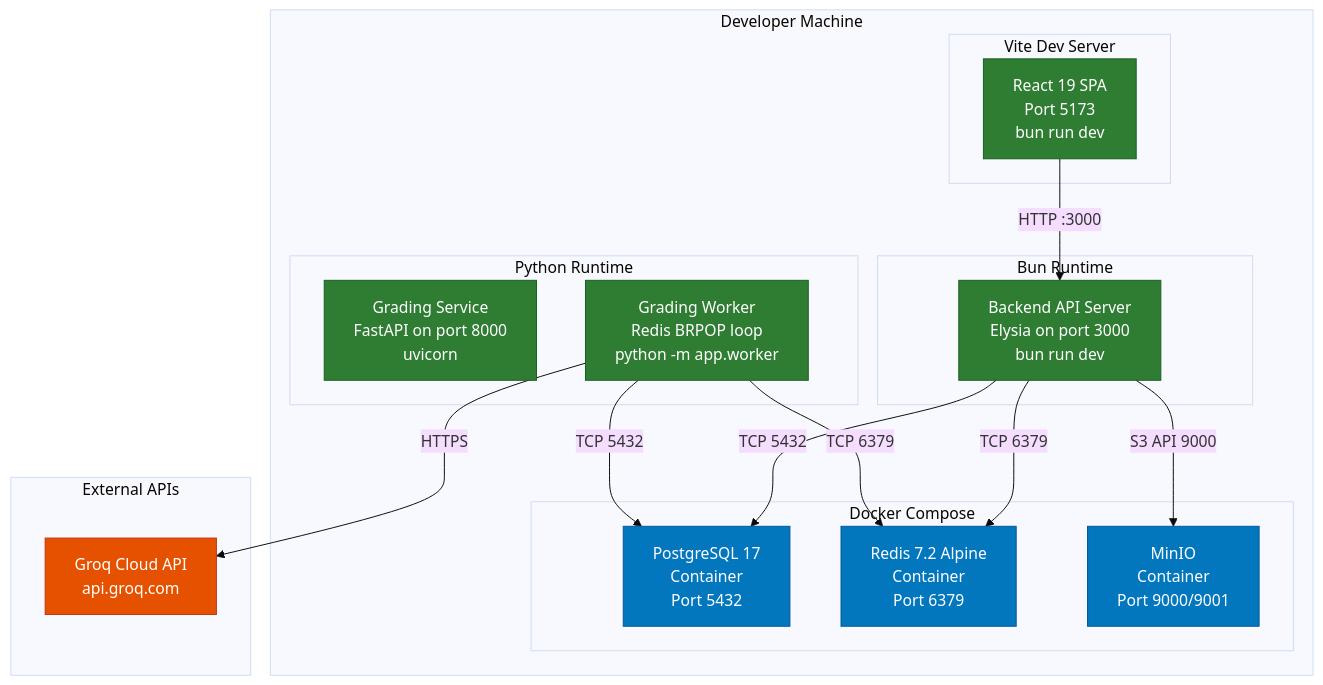
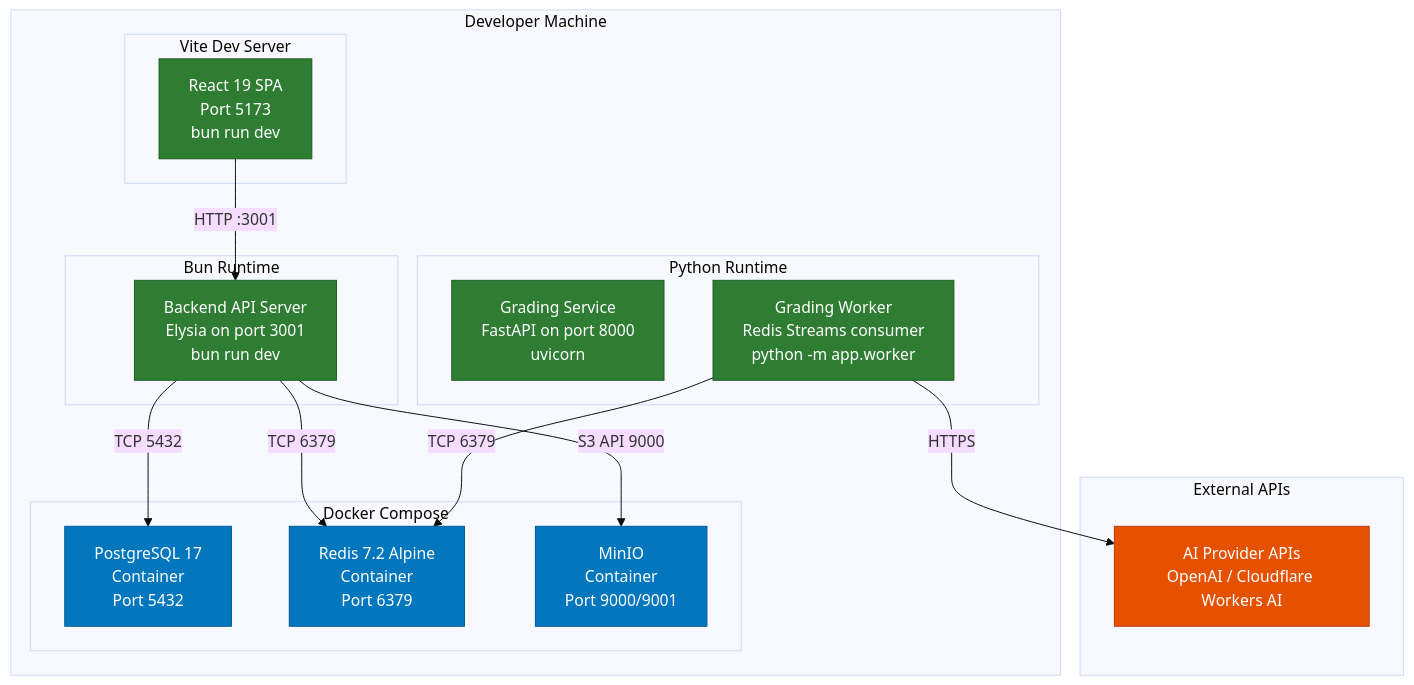
Before and after one commit to 81CuongVn/VSTEP: the second of 16 diagrams in docs/capstone/reports/VI/report4-software-design-document.md, drawn with Mermaid (base theme). The commit also changed other lines of this file and 1 other file, not shown here.

````diff
--- a/docs/capstone/reports/VI/report4-software-design-document.md
+++ b/docs/capstone/reports/VI/report4-software-design-document.md
@@ -124,43 +123,42 @@
 ```mermaid
 flowchart TB
     subgraph DevMachine ["Developer Machine"]
         subgraph DockerCompose ["Docker Compose"]
             PGContainer["PostgreSQL 17<br/>Container<br/>Port 5432"]
             RedisContainer["Redis 7.2 Alpine<br/>Container<br/>Port 6379"]
             MinIOContainer["MinIO<br/>Container<br/>Port 9000/9001"]
         end
 
         subgraph BunRuntime ["Bun Runtime"]
-            BackendAPI["Backend API Server<br/>Elysia on port 3000<br/>bun run dev"]
+            BackendAPI["Backend API Server<br/>Elysia on port 3001<br/>bun run dev"]
         end
 
         subgraph PythonRuntime ["Python Runtime"]
             GradingAPI["Grading Service<br/>FastAPI on port 8000<br/>uvicorn"]
-            GradingWorker["Grading Worker<br/>Redis BRPOP loop<br/>python -m app.worker"]
+            GradingWorker["Grading Worker<br/>Redis Streams consumer<br/>python -m app.worker"]
         end
 
         subgraph ViteDevServer ["Vite Dev Server"]
             FrontendDev["React 19 SPA<br/>Port 5173<br/>bun run dev"]
         end
     end
 
     subgraph ExternalAPIs ["External APIs"]
-        Groq["Groq Cloud API<br/>api.groq.com"]
+        AIProviders["AI Provider APIs<br/>OpenAI / Cloudflare Workers AI"]
     end
 
     BackendAPI -->|"TCP 5432"| PGContainer
     BackendAPI -->|"TCP 6379"| RedisContainer
     BackendAPI -->|"S3 API 9000"| MinIOContainer
-    GradingWorker -->|"TCP 5432"| PGContainer
     GradingWorker -->|"TCP 6379"| RedisContainer
-    GradingWorker -->|"HTTPS"| Groq
-    FrontendDev -->|"HTTP :3000"| BackendAPI
+    GradingWorker -->|"HTTPS"| AIProviders
+    FrontendDev -->|"HTTP :3001"| BackendAPI
 
     classDef container fill:#0277bd,stroke:#01579b,color:#fff
     classDef runtime fill:#2e7d32,stroke:#1b5e20,color:#fff
     classDef external fill:#e65100,stroke:#bf360c,color:#fff
 
     class PGContainer,RedisContainer,MinIOContainer container
     class BackendAPI,GradingAPI,GradingWorker,FrontendDev runtime
-    class Groq external
+    class AIProviders external
 ```
````
